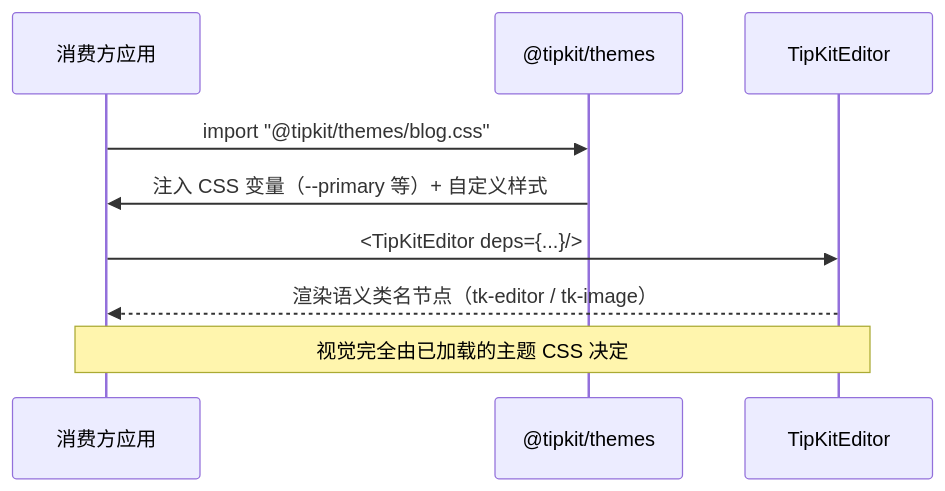
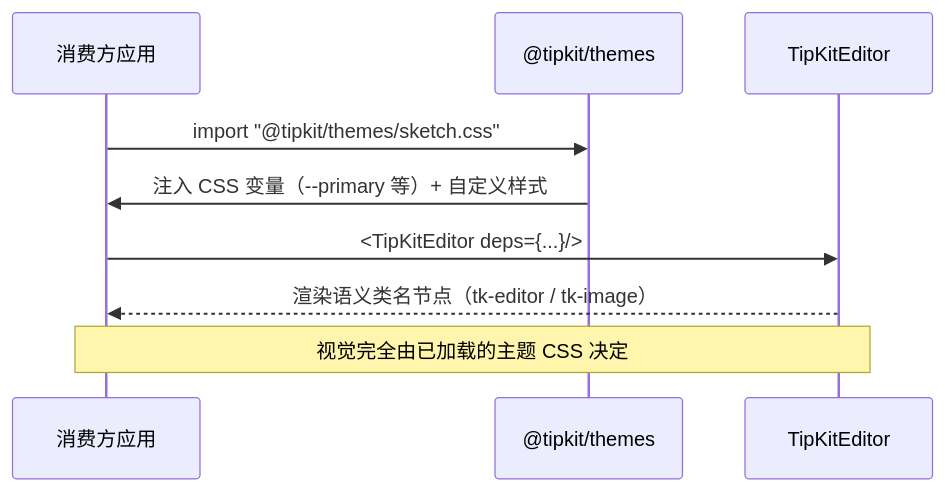
The second of 3 diagrams in docs/ARCHITECTURE.md (xie392/tipkit), drawn with Mermaid before and after one commit. The commit also changed other lines of this file and 24 other files, not shown here.

````diff
--- a/docs/ARCHITECTURE.md
+++ b/docs/ARCHITECTURE.md
@@ -61,12 +61,12 @@
 ```mermaid
 sequenceDiagram
     participant App as 消费方应用
     participant Theme as @tipkit/themes
     participant Editor as TipKitEditor
 
-    App->>Theme: import "@tipkit/themes/blog.css"
+    App->>Theme: import "@tipkit/themes/sketch.css"
     Theme->>App: 注入 CSS 变量（--primary 等）+ 自定义样式
     App->>Editor: <TipKitEditor deps={...}/>
     Editor-->>App: 渲染语义类名节点（tk-editor / tk-image）
     Note over App,Editor: 视觉完全由已加载的主题 CSS 决定
 ```
````
